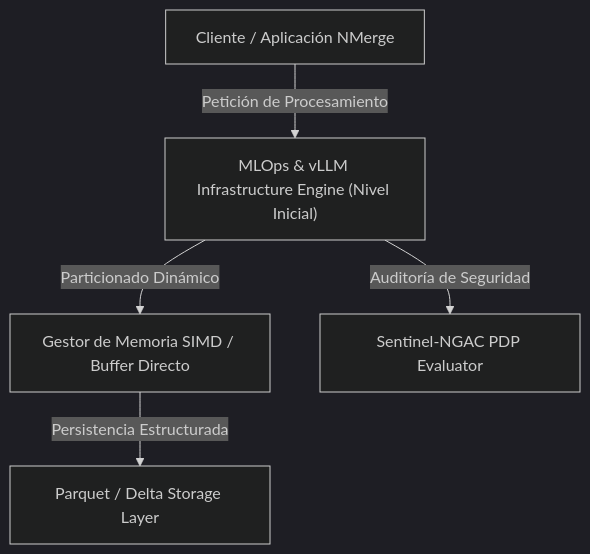
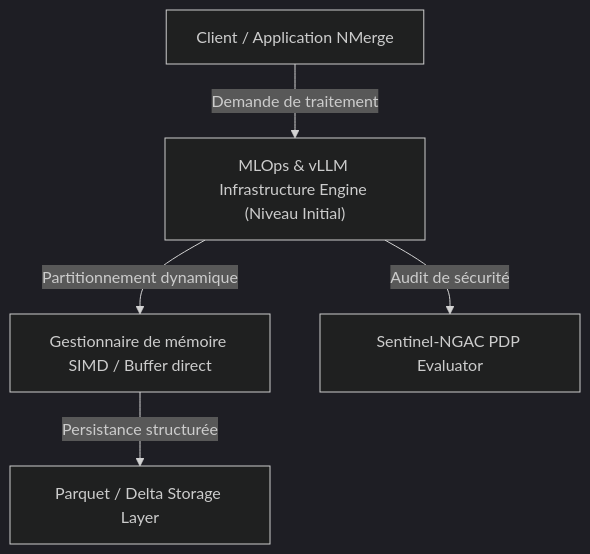
Before and after one commit to gjpierp/nmergeia: the diagram in public/docs/fr/datascience_mlops.md, drawn with Mermaid (dark theme). The commit also changed other lines of this file and 182 other files, not shown here.

Commit message:
fix(i18n): sincronizar claves de menú i18n para los 7 idiomas, traducir diagramas Mermaid y agregar fallback a español contra 404 de Vite

````diff
--- a/public/docs/fr/datascience_mlops.md
+++ b/public/docs/fr/datascience_mlops.md
@@ -16,7 +16,7 @@
 ```mermaid
 flowchart TD
-    A["Cliente / Aplicación NMerge"] -->|Petición de Procesamiento| B["MLOps & vLLM Infrastructure Engine (Nivel Inicial)"]
-    B -->|Particionado Dinámico| C["Gestor de Memoria SIMD / Buffer Directo"]
-    C -->|Persistencia Estructurada| D["Parquet / Delta Storage Layer"]
-    B -->|Auditoría de Seguridad| E["Sentinel-NGAC PDP Evaluator"]
+    A["Client / Application NMerge"] -->|Demande de traitement| B["MLOps & vLLM Infrastructure Engine (Niveau Initial)"]
+    B -->|Partitionnement dynamique| C["Gestionnaire de mémoire SIMD / Buffer direct"]
+    C -->|Persistance structurée| D["Parquet / Delta Storage Layer"]
+    B -->|Audit de sécurité| E["Sentinel-NGAC PDP Evaluator"]
 ```
````
